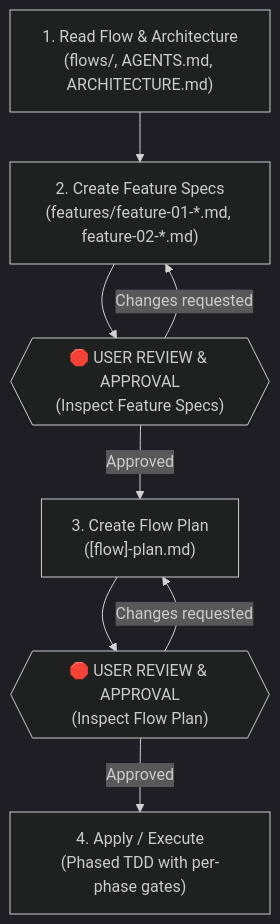
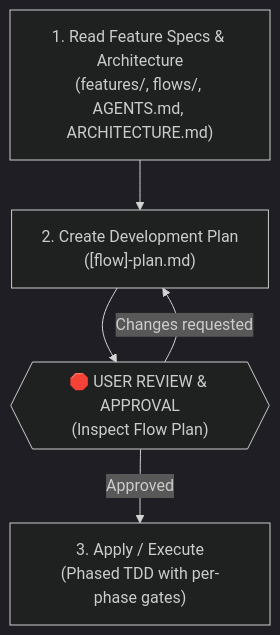
The first of 2 diagrams in .agents/skills/sessioflow-sdlc/implement-flow/SKILL.md (faparicior/SessioFlow), drawn with Mermaid (dark theme) before and after one commit. The commit also changed other lines of this file and 13 other files, not shown here.

Commit message:
feat: add create-features skill and integrate into SDLC workflow and implementation lifecycle

````diff
--- a/.agents/skills/sessioflow-sdlc/implement-flow/SKILL.md
+++ b/.agents/skills/sessioflow-sdlc/implement-flow/SKILL.md
@@ -33,10 +33,7 @@
 ```mermaid
 flowchart TD
-    A["1. Read Flow & Architecture<br/>(flows/, AGENTS.md, ARCHITECTURE.md)"] --> B["2. Create Feature Specs<br/>(features/feature-01-*.md, feature-02-*.md)"]
-    B --> R1{{"🛑 USER REVIEW & APPROVAL<br/>(Inspect Feature Specs)"}}
-    R1 -->|Approved| C["3. Create Flow Plan<br/>([flow]-plan.md)"]
+    A["1. Read Feature Specs & Architecture<br/>(features/, flows/, AGENTS.md, ARCHITECTURE.md)"] --> B["2. Create Development Plan<br/>([flow]-plan.md)"]
+    B --> R1{{"🛑 USER REVIEW & APPROVAL<br/>(Inspect Flow Plan)"}}
+    R1 -->|Approved| C["3. Apply / Execute<br/>(Phased TDD with per-phase gates)"]
     R1 -->|Changes requested| B
-    C --> R2{{"🛑 USER REVIEW & APPROVAL<br/>(Inspect Flow Plan)"}}
-    R2 -->|Approved| D["4. Apply / Execute<br/>(Phased TDD with per-phase gates)"]
-    R2 -->|Changes requested| C
 ```
````
